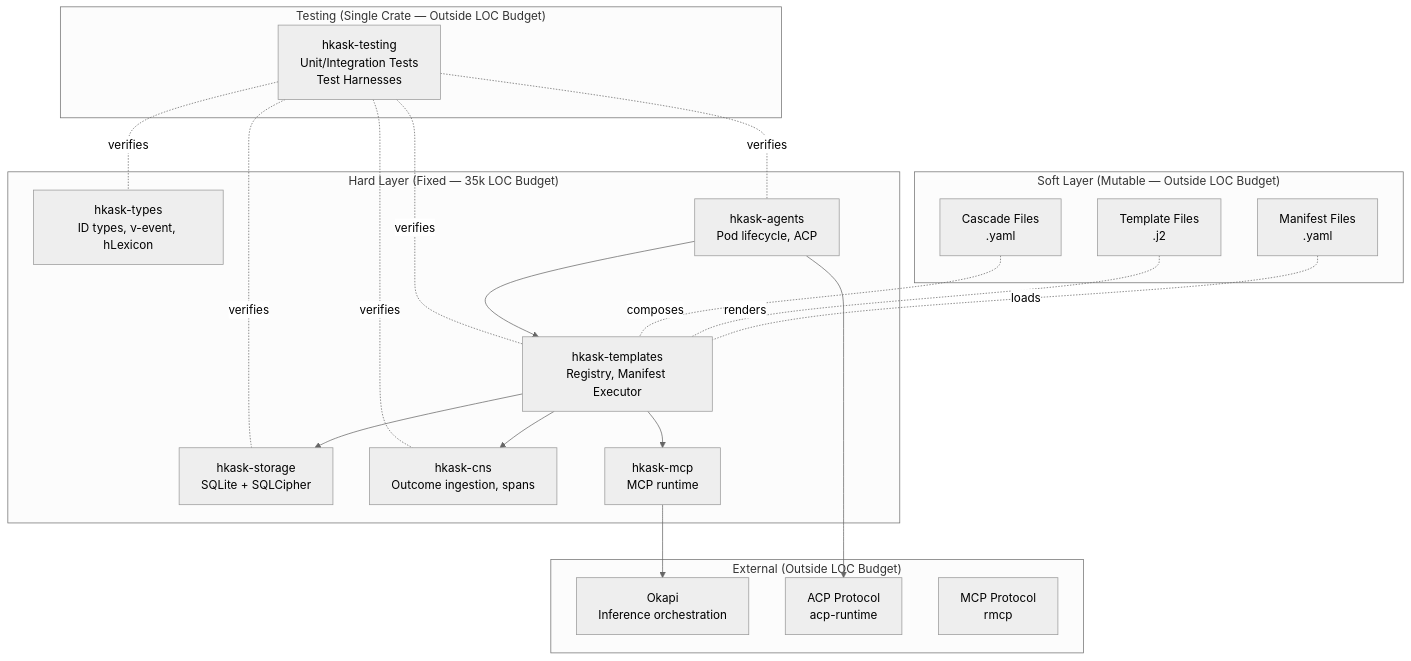
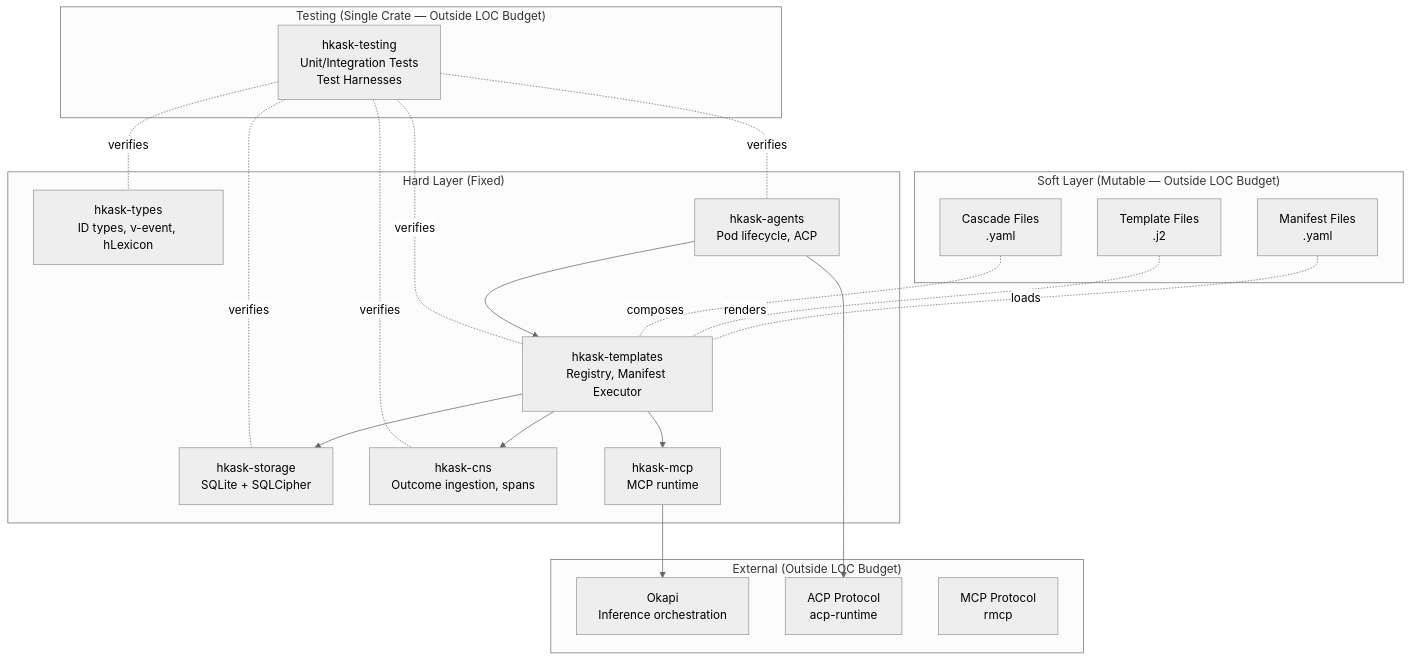
One commit to mdz-axo/hKask changed the second of 6 diagrams in docs/architecture/reference/hKask-erd.md. Above: the diagram before and after it, drawn with Mermaid (neutral theme). The commit also changed 2 other files, not shown here.

Commit message:
refining

````diff
--- a/docs/architecture/reference/hKask-erd.md
+++ b/docs/architecture/reference/hKask-erd.md
@@ -126,44 +126,44 @@
 ```mermaid
 graph TB
     subgraph "Soft Layer (Mutable — Outside LOC Budget)"
         YAML[Manifest Files<br/>.yaml]
         J2[Template Files<br/>.j2]
         MD[Cascade Files<br/>.yaml]
     end
     
-    subgraph "Hard Layer (Fixed — 35k LOC Budget)"
+    subgraph "Hard Layer (Fixed)"
         HKASK_TYPES[hkask-types<br/>ID types, ν-event, hLexicon]
         HKASK_STORAGE[hkask-storage<br/>SQLite + SQLCipher]
         HKASK_TEMPLATES[hkask-templates<br/>Registry, Manifest Executor]
         HKASK_CNS[hkask-cns<br/>Outcome ingestion, spans]
         HKASK_AGENTS[hkask-agents<br/>Pod lifecycle, ACP]
         HKASK_MCP[hkask-mcp<br/>MCP runtime]
     end
     
     subgraph "Testing (Single Crate — Outside LOC Budget)"
         HKASK_TESTING[hkask-testing<br/>Unit/Integration Tests<br/>Test Harnesses]
     end
     
     subgraph "External (Outside LOC Budget)"
         OKAPI[Okapi<br/>Inference orchestration]
         ACP[ACP Protocol<br/>acp-runtime]
         MCP[MCP Protocol<br/>rmcp]
     end
     
     YAML -. loads .- HKASK_TEMPLATES
     J2 -. renders .- HKASK_TEMPLATES
     MD -. composes .- HKASK_TEMPLATES
     
     HKASK_TEMPLATES --> HKASK_STORAGE
     HKASK_TEMPLATES --> HKASK_CNS
     HKASK_TEMPLATES --> HKASK_MCP
     HKASK_MCP --> OKAPI
     HKASK_AGENTS --> ACP
     HKASK_AGENTS --> HKASK_TEMPLATES
     
     HKASK_TESTING -. verifies .- HKASK_TYPES
     HKASK_TESTING -. verifies .- HKASK_STORAGE
     HKASK_TESTING -. verifies .- HKASK_TEMPLATES
     HKASK_TESTING -. verifies .- HKASK_CNS
     HKASK_TESTING -. verifies .- HKASK_AGENTS
 ```
````
